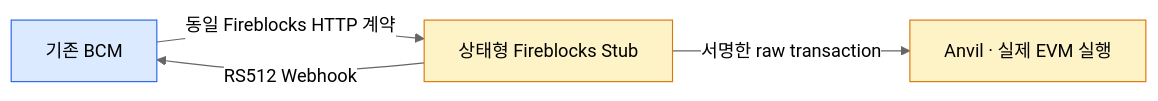
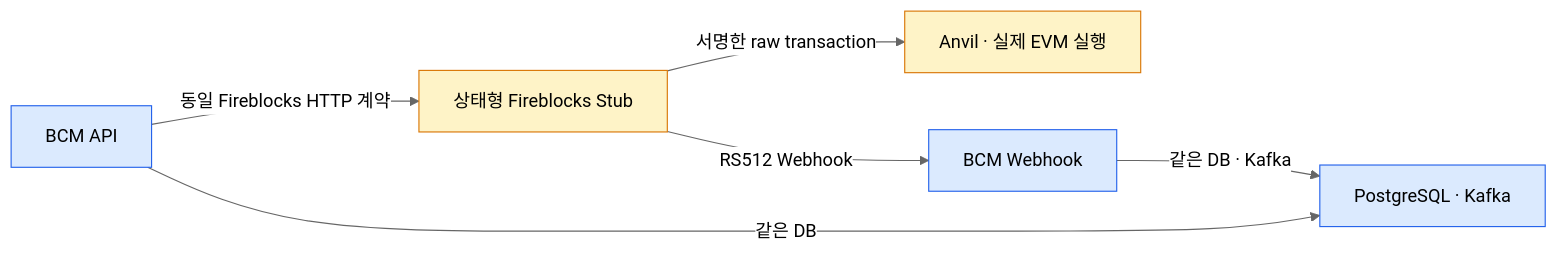
The second of 4 diagrams in blockchain-manager/docs/BC/설계/01-infra.md (eunsujeo/eunpus), drawn with Mermaid (neutral theme) before and after one commit. The commit also changed other lines of this file and 5 other files, not shown here.

Commit message:
BCM API 와 BCM Webhook 프로세스 분리를 설계 문서에 반영

````diff
--- a/blockchain-manager/docs/BC/설계/01-infra.md
+++ b/blockchain-manager/docs/BC/설계/01-infra.md
@@ -112,11 +115,13 @@
 ```mermaid
 flowchart LR
-  BCM["기존 BCM"] -->|"동일 Fireblocks HTTP 계약"| STUB["상태형 Fireblocks Stub"]
+  API["BCM API"] -->|"동일 Fireblocks HTTP 계약"| STUB["상태형 Fireblocks Stub"]
   STUB -->|"서명한 raw transaction"| ANVIL["Anvil · 실제 EVM 실행"]
-  STUB -->|"RS512 Webhook"| BCM
+  STUB -->|"RS512 Webhook"| WH["BCM Webhook"]
+  WH -->|"같은 DB · Kafka"| DATA["PostgreSQL · Kafka"]
+  API -->|"같은 DB"| DATA
 
   classDef ours fill:#dbeafe,stroke:#2563eb
   classDef local fill:#fef3c7,stroke:#d97706
-  class BCM ours
+  class API,WH,DATA ours
   class STUB,ANVIL local
 ```
````
